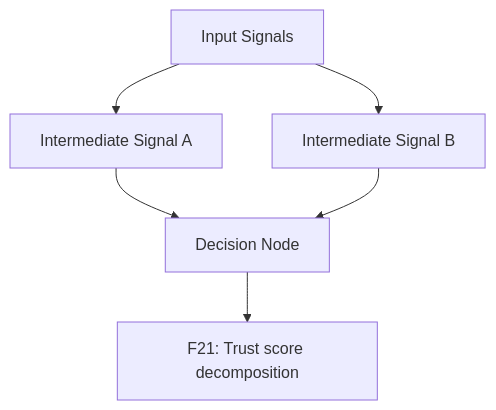
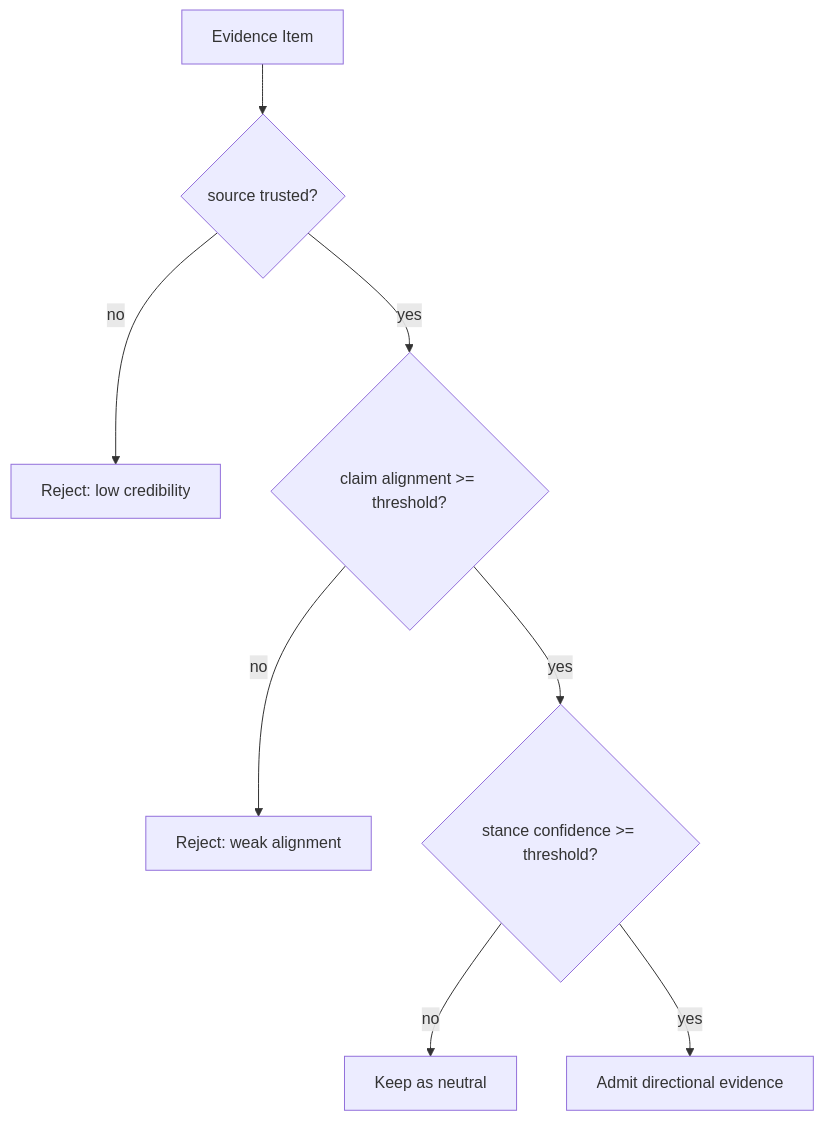
Before and after one commit to Luxia-AI/docs: the fourth of 8 diagrams in methodology/figures/04-ranking-trust-and-evidence-quality-pack.md, drawn with Mermaid. The commit also changed other lines of this file and 9 other files, not shown here.

First line of the commit message:
Refactor methodology figures with updated Mermaid diagrams and enhanced clarity across multiple packs. Key changes include:

````diff
--- a/methodology/figures/04-ranking-trust-and-evidence-quality-pack.md
+++ b/methodology/figures/04-ranking-trust-and-evidence-quality-pack.md
@@ -70,8 +113,10 @@
 ```mermaid
-graph TD
-    A[Input Signals] --> B[Intermediate Signal A]
-    A --> C[Intermediate Signal B]
-    B --> D[Decision Node]
-    C --> D
-    D --> E[F21: Trust score decomposition]
+flowchart TD
+  E[Evidence Item] --> G1{source trusted?}
+  G1 -- no --> R1[Reject: low credibility]
+  G1 -- yes --> G2{claim alignment >= threshold?}
+  G2 -- no --> R2[Reject: weak alignment]
+  G2 -- yes --> G3{stance confidence >= threshold?}
+  G3 -- no --> R3[Keep as neutral]
+  G3 -- yes --> A[Admit directional evidence]
 ```
````
